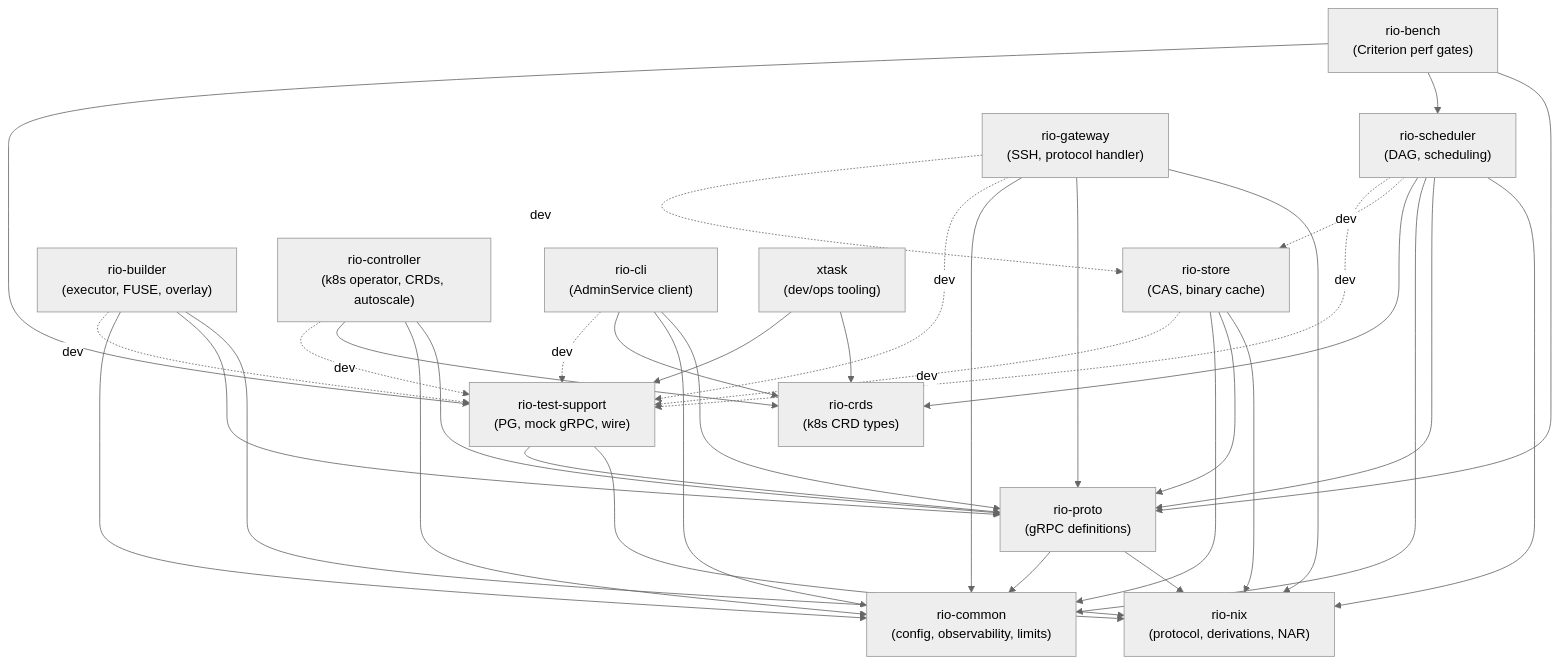
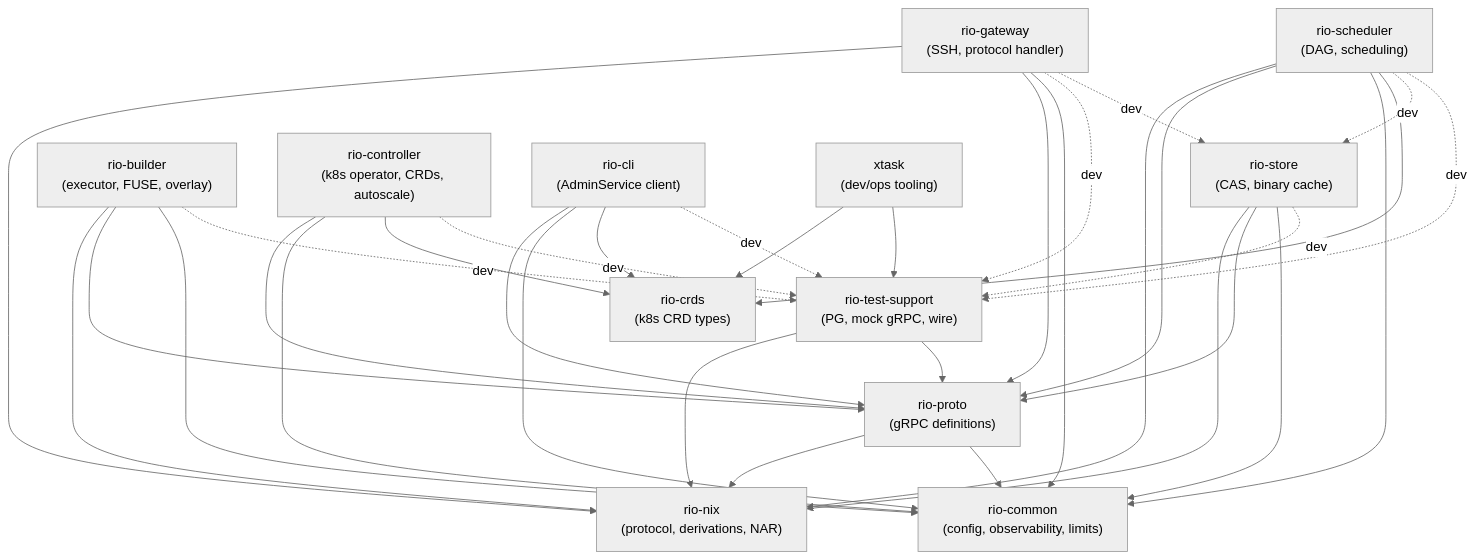
Before and after one commit to Mic92/rio-build: the diagram in docs/src/crate-structure.md, drawn with Mermaid (neutral theme). The commit also changed other lines of this file and 14 other files, not shown here.

Commit message:
chore: remove rio-bench (unused; tracked api churn only)

````diff
--- a/docs/src/crate-structure.md
+++ b/docs/src/crate-structure.md
@@ -34,62 +33,57 @@
 ```mermaid
 graph TD
     rio-common["rio-common<br/>(config, observability, limits)"]
     rio-nix["rio-nix<br/>(protocol, derivations, NAR)"]
     rio-proto["rio-proto<br/>(gRPC definitions)"]
     rio-crds["rio-crds<br/>(k8s CRD types)"]
     rio-test-support["rio-test-support<br/>(PG, mock gRPC, wire)"]
     rio-store["rio-store<br/>(CAS, binary cache)"]
     rio-scheduler["rio-scheduler<br/>(DAG, scheduling)"]
     rio-gateway["rio-gateway<br/>(SSH, protocol handler)"]
     rio-builder["rio-builder<br/>(executor, FUSE, overlay)"]
     rio-controller["rio-controller<br/>(k8s operator, CRDs, autoscale)"]
     rio-cli["rio-cli<br/>(AdminService client)"]
-    rio-bench["rio-bench<br/>(Criterion perf gates)"]
     xtask["xtask<br/>(dev/ops tooling)"]
 
     rio-proto --> rio-nix
     rio-proto --> rio-common
 
     rio-test-support --> rio-nix
     rio-test-support --> rio-proto
 
     rio-gateway --> rio-nix
     rio-gateway --> rio-proto
     rio-gateway --> rio-common
     rio-gateway -.->|dev| rio-test-support
     rio-gateway -.->|dev| rio-store
 
     rio-builder --> rio-nix
     rio-builder --> rio-proto
     rio-builder --> rio-common
     rio-builder -.->|dev| rio-test-support
 
     rio-scheduler --> rio-nix
     rio-scheduler --> rio-proto
     rio-scheduler --> rio-common
     rio-scheduler --> rio-crds
     rio-scheduler -.->|dev| rio-store
     rio-scheduler -.->|dev| rio-test-support
 
     rio-store --> rio-nix
     rio-store --> rio-proto
     rio-store --> rio-common
     rio-store -.->|dev| rio-test-support
 
     rio-controller --> rio-proto
     rio-controller --> rio-common
     rio-controller --> rio-crds
     rio-controller -.->|dev| rio-test-support
 
     rio-cli --> rio-proto
     rio-cli --> rio-common
     rio-cli --> rio-crds
     rio-cli -.->|dev| rio-test-support
 
-    rio-bench --> rio-proto
-    rio-bench --> rio-scheduler
-    rio-bench --> rio-test-support
-
     xtask --> rio-crds
     xtask --> rio-test-support
 ```
````
